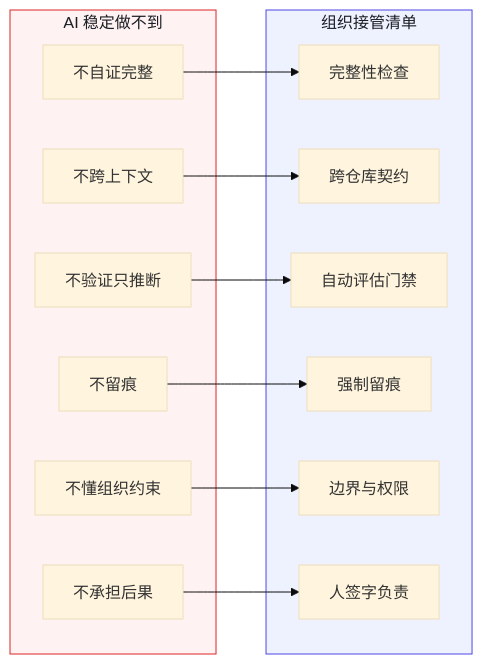
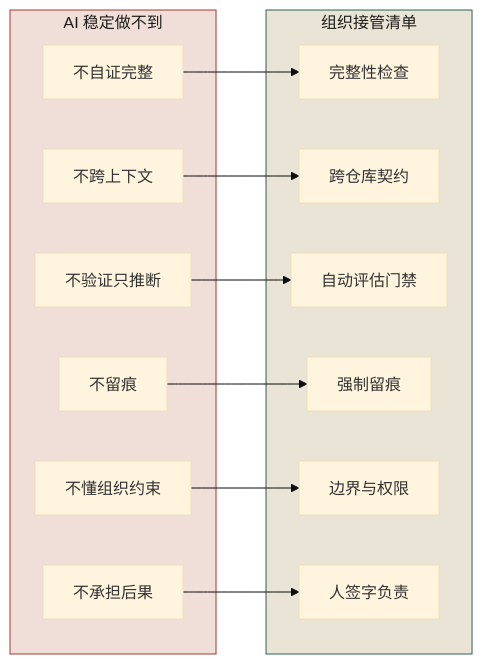
Before and after one commit to funny8kids/AI_Native_Software_Engineering: the first of 3 diagrams in docs/manuscript/ch07-第2章-人在回路.md, drawn with Mermaid (base theme). The commit also changed other lines of this file and 81 other files, not shown here.

````diff
--- a/docs/manuscript/ch07-第2章-人在回路.md
+++ b/docs/manuscript/ch07-第2章-人在回路.md
@@ -26,27 +26,27 @@
 ```mermaid
 flowchart LR
   subgraph FA["AI 稳定做不到"]
     F1[不自证完整]
     F2[不跨上下文]
     F3[不验证只推断]
     F4[不留痕]
     F5[不懂组织约束]
     F6[不承担后果]
   end
   subgraph ORG["组织接管清单"]
     G1[完整性检查]
     G2[跨仓库契约]
     G3[自动评估门禁]
     G4[强制留痕]
     G5[边界与权限]
     G6[人签字负责]
   end
   F1 --> G1
   F2 --> G2
   F3 --> G3
   F4 --> G4
   F5 --> G5
   F6 --> G6
-  style FA fill:#fef2f2,stroke:#dc2626,color:#1a1d23
-  style ORG fill:#eef2ff,stroke:#4f46e5,color:#1a1d23
+  style FA fill:#f0dfd9,stroke:#a03b31,color:#1e1c19
+  style ORG fill:#eae4d6,stroke:#2f6154,color:#1e1c19
 ```
````
